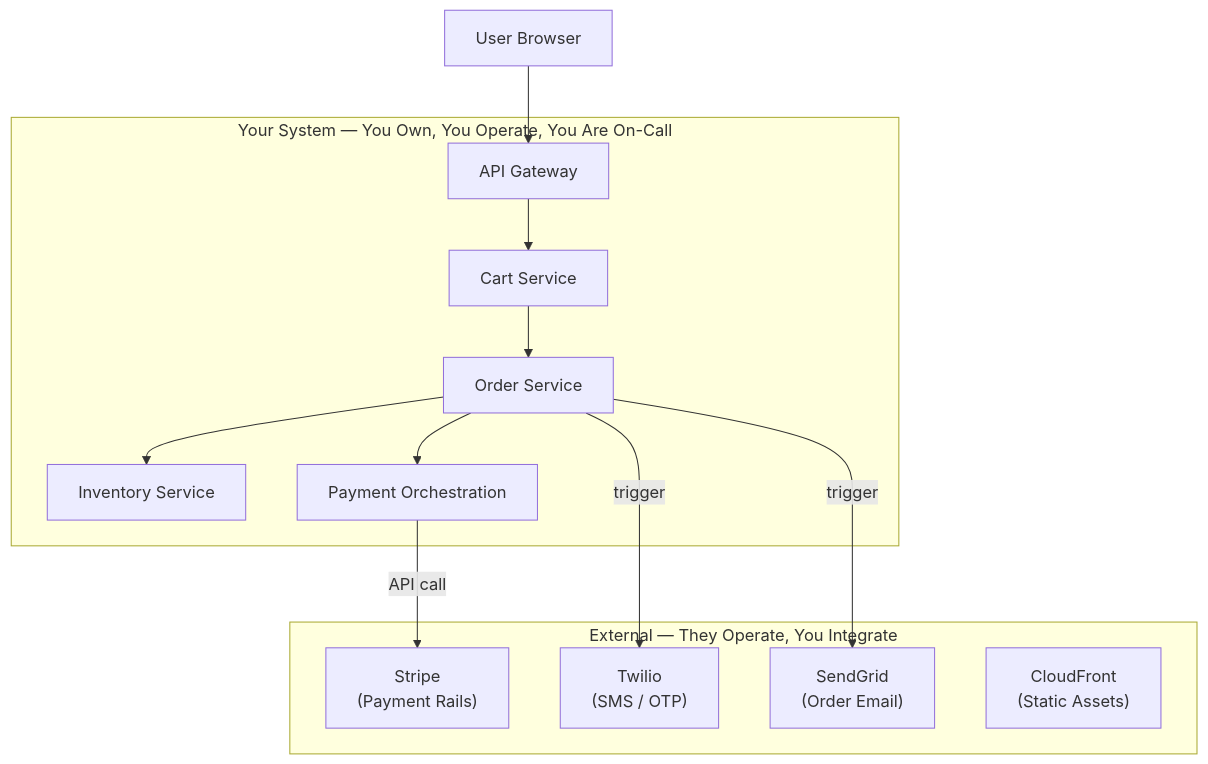
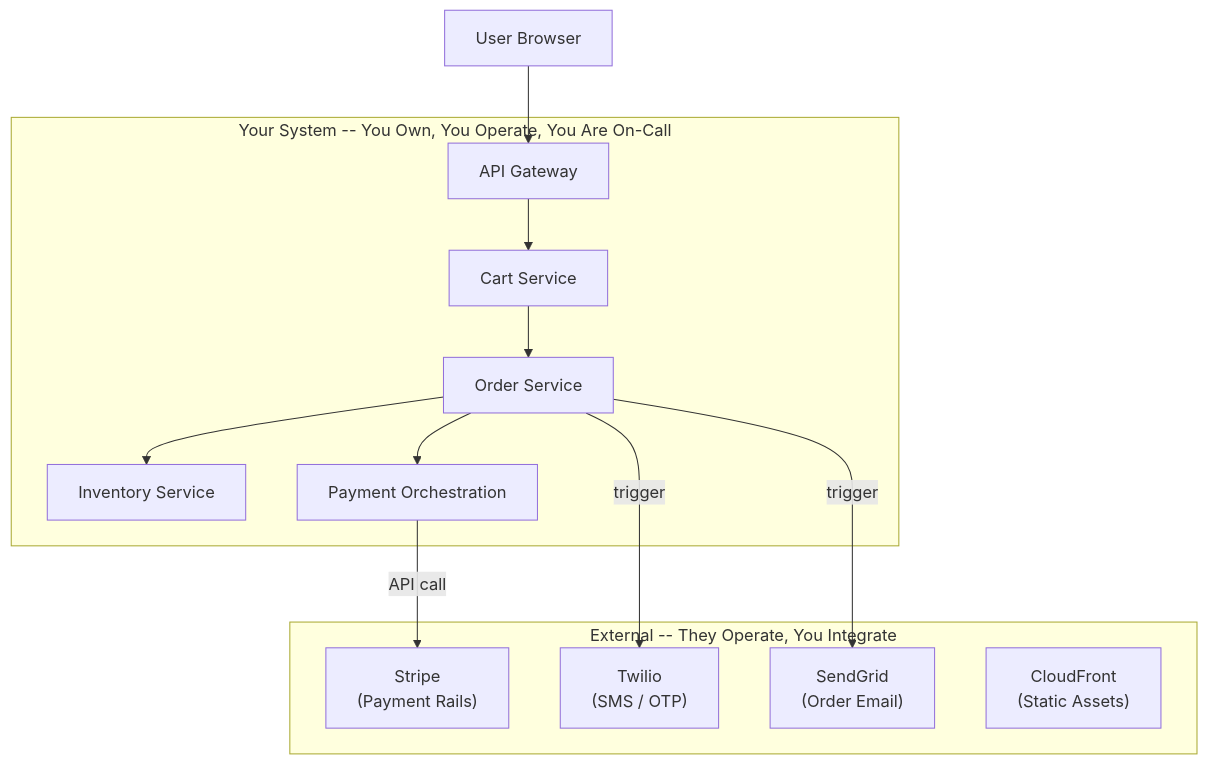
Before and after one commit to ranjeetnegi/System-Design-for-Staff-SWE: diagram 15 of 19 in Section0/Chapter_1_Systems_Servers_Clients.md, drawn with Mermaid. The commit also changed other lines of this file and 11 other files, not shown here.

````diff
--- a/Section0/Chapter_1_Systems_Servers_Clients.md
+++ b/Section0/Chapter_1_Systems_Servers_Clients.md
@@ -2031,26 +2031,26 @@
 ```mermaid
 flowchart TD
-    subgraph YOUR_SYSTEM["Your System — You Own, You Operate, You Are On-Call"]
+    subgraph YOUR_SYSTEM["Your System -- You Own, You Operate, You Are On-Call"]
         API["API Gateway"]
         Cart["Cart Service"]
         Order["Order Service"]
         Inventory["Inventory Service"]
         PayOrch["Payment Orchestration"]
     end
 
-    subgraph EXTERNAL["External — They Operate, You Integrate"]
+    subgraph EXTERNAL["External -- They Operate, You Integrate"]
         Stripe["Stripe\n(Payment Rails)"]
         Twilio["Twilio\n(SMS / OTP)"]
         SendGrid["SendGrid\n(Order Email)"]
         CDN["CloudFront\n(Static Assets)"]
     end
 
     User["User Browser"] --> API
     API --> Cart
     Cart --> Order
     Order --> Inventory
     Order --> PayOrch
     PayOrch -->|API call| Stripe
     Order -->|trigger| SendGrid
     Order -->|trigger| Twilio
 ```
````
